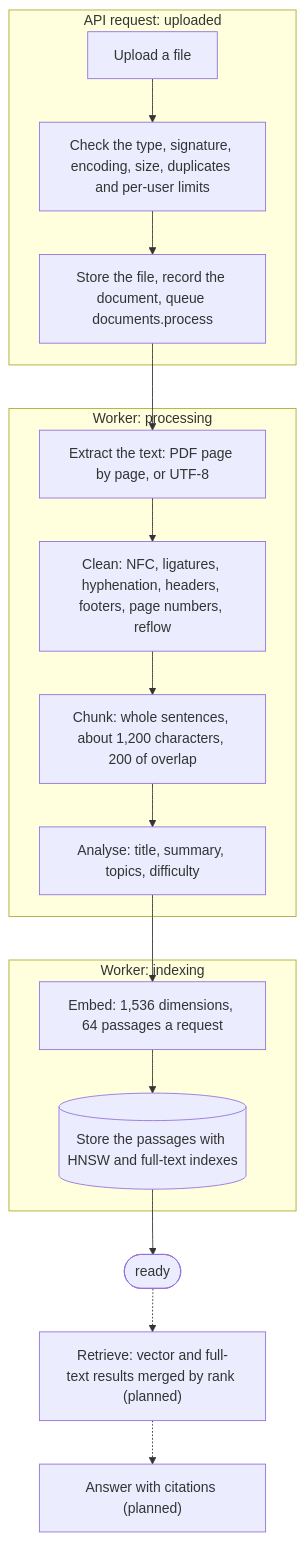
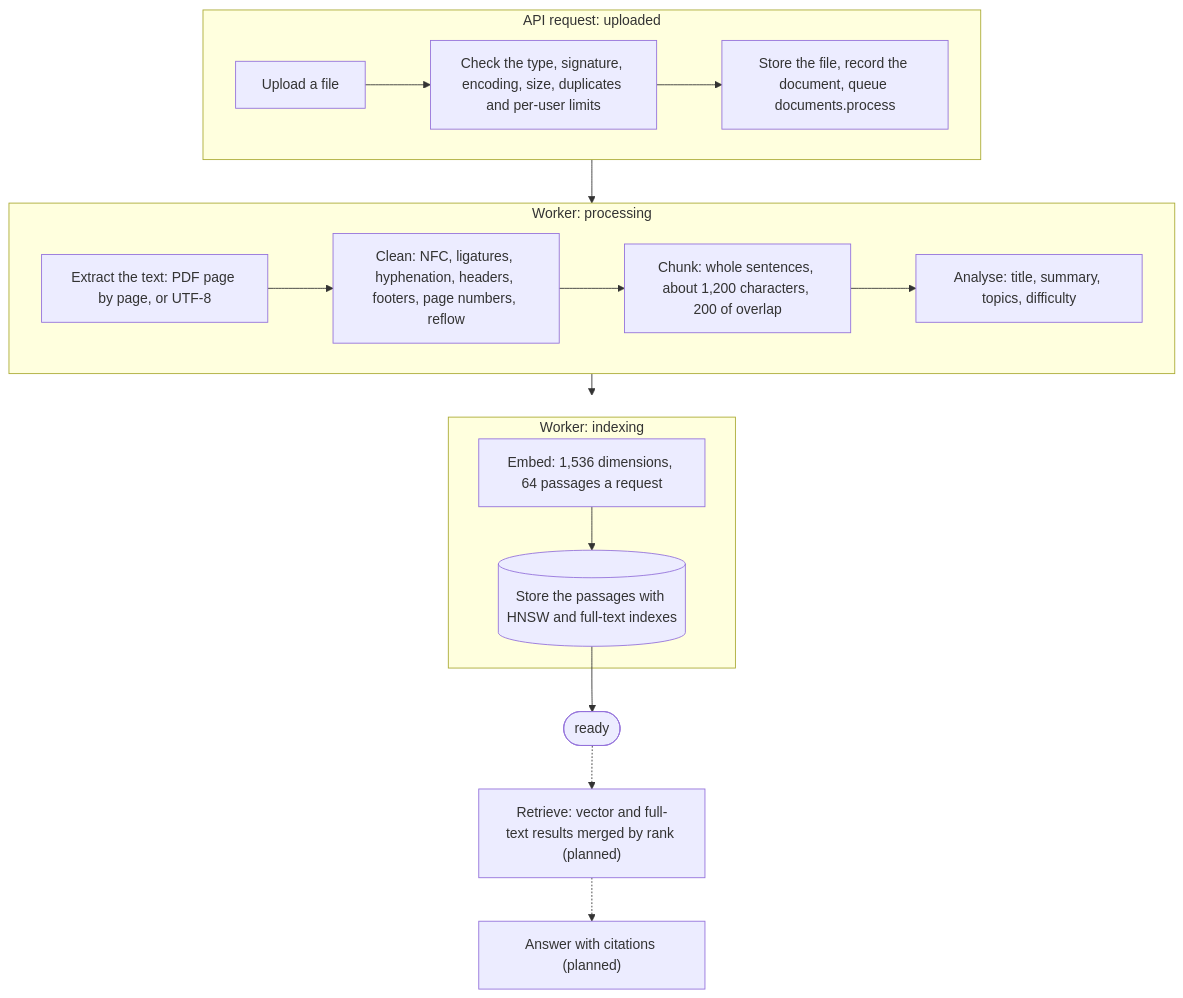
One commit to APELSINKos/ai-study-platform changed the second of 4 diagrams in README.md. Above: the diagram before and after it, drawn with Mermaid.

Commit message:
docs: README — стрелки схемы обработки идут между блоками, не через их заголовки

````diff
--- a/README.md
+++ b/README.md
@@ -106,20 +106,20 @@
 ```mermaid
 flowchart TD
     subgraph request ["API request: uploaded"]
         upload["Upload a file"] --> checks["Check the type, signature, encoding, size, duplicates and per-user limits"]
         checks --> stored["Store the file, record the document, queue documents.process"]
     end
     subgraph reading ["Worker: processing"]
         extract["Extract the text: PDF page by page, or UTF-8"] --> clean["Clean: NFC, ligatures, hyphenation, headers, footers, page numbers, reflow"]
         clean --> chunk["Chunk: whole sentences, about 1,200 characters, 200 of overlap"]
         chunk --> analyse["Analyse: title, summary, topics, difficulty"]
     end
     subgraph indexing ["Worker: indexing"]
         embed["Embed: 1,536 dimensions, 64 passages a request"] --> save[("Store the passages with HNSW and full-text indexes")]
     end
-    stored --> extract
-    analyse --> embed
+    request --> reading
+    reading --> indexing
     save --> ready(["ready"])
     ready -.-> retrieve["Retrieve: vector and full-text results merged by rank (planned)"]
     retrieve -.-> answer["Answer with citations (planned)"]
 ```
````
